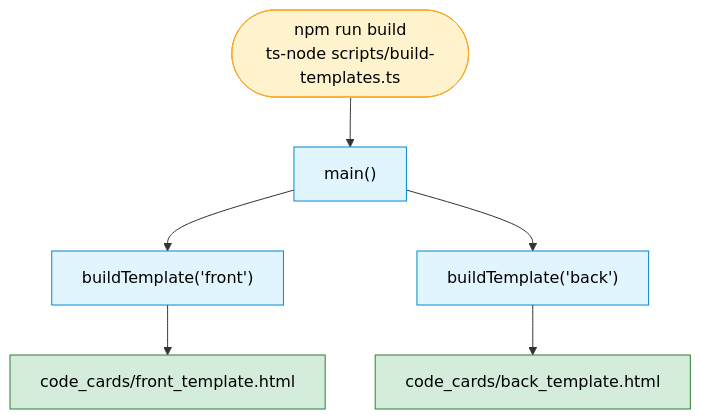
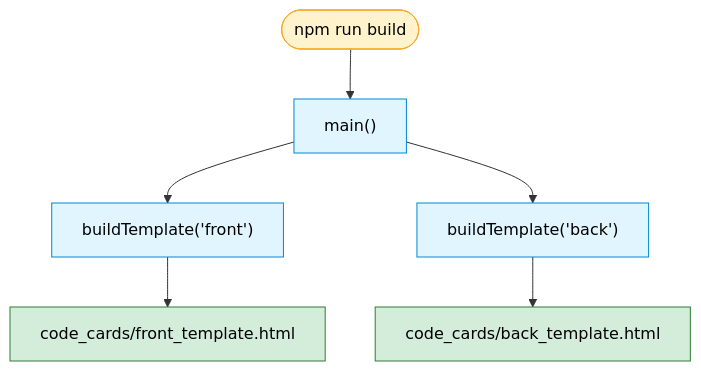
The first of 2 diagrams in documentation/architecture-diagrams/02-build-pipeline.md (muhsinali/anki_templates), drawn with Mermaid before and after one commit. The commit also changed other lines of this file and 16 other files, not shown here.

````diff
--- a/documentation/architecture-diagrams/02-build-pipeline.md
+++ b/documentation/architecture-diagrams/02-build-pipeline.md
@@ -11,15 +11,23 @@
 ```mermaid
 flowchart TB
-    START(["npm run build<br/>ts-node scripts/build-templates.ts"]) --> MAIN["main()"]
-    MAIN --> BF["buildTemplate('front')"]
-    MAIN --> BB["buildTemplate('back')"]
-    BF --> DONE["code_cards/front_template.html"]
-    BB --> DONE2["code_cards/back_template.html"]
+    build_command(["npm run build"])
+    main_function["main()"]
+    front_build["buildTemplate('front')"]
+    back_build["buildTemplate('back')"]
+    front_output["code_cards/front_template.html"]
+    back_output["code_cards/back_template.html"]
+
+    build_command --> main_function
+    main_function --> front_build
+    main_function --> back_build
+    front_build --> front_output
+    back_build --> back_output
 
     classDef entry fill:#fff3cd,stroke:#f9a825,color:#000;
-    classDef proc fill:#e1f5ff,stroke:#0288d1,color:#000;
-    classDef out fill:#d4edda,stroke:#2e7d32,color:#000;
-    class START entry;
-    class MAIN,BF,BB proc;
-    class DONE,DONE2 out;
+    classDef process fill:#e1f5ff,stroke:#0288d1,color:#000;
+    classDef output fill:#d4edda,stroke:#2e7d32,color:#000;
+
+    class build_command entry;
+    class main_function,front_build,back_build process;
+    class front_output,back_output output;
 ```
````
